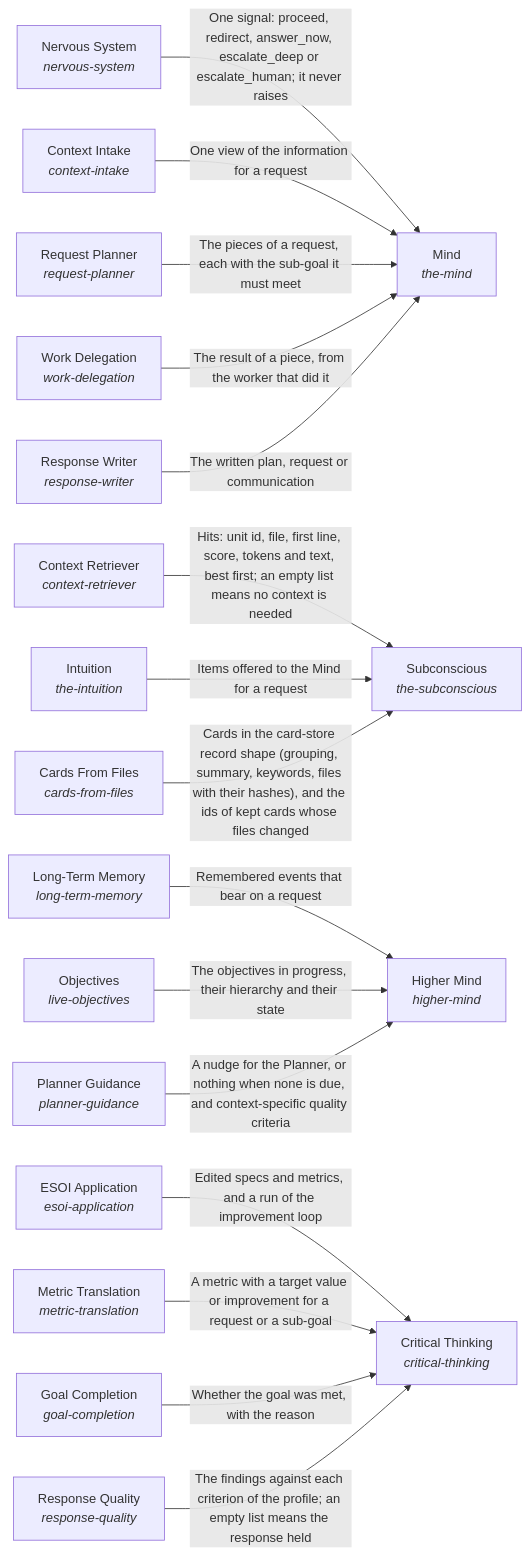
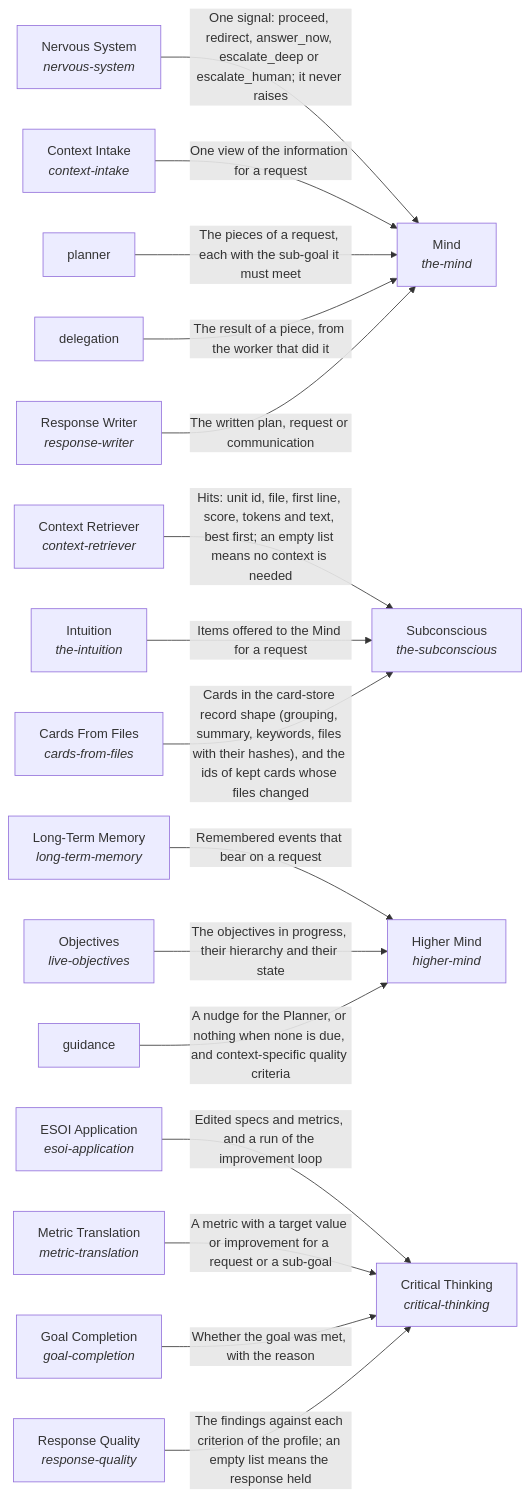
The diagram in hubofhubs/the_intelligence/README.md (SpiritualData/ai-hub-of-hubs-structure), drawn with Mermaid before and after one commit. The commit also changed other lines of this file and 38 other files, not shown here.

Commit message:
Restore Joshua's names and ids: Planner, Delegation, Guidance, Prioritization, and the proactivity id

````diff
--- a/hubofhubs/the_intelligence/README.md
+++ b/hubofhubs/the_intelligence/README.md
@@ -17,37 +17,37 @@
 ```mermaid
 flowchart LR
     s0["Nervous System<br/><i>nervous-system</i>"]
     s1["Critical Thinking<br/><i>critical-thinking</i>"]
     s2["Subconscious<br/><i>the-subconscious</i>"]
     s3["Context Retriever<br/><i>context-retriever</i>"]
     s4["Mind<br/><i>the-mind</i>"]
     s5["Higher Mind<br/><i>higher-mind</i>"]
     s6["Long-Term Memory<br/><i>long-term-memory</i>"]
     s7["Objectives<br/><i>live-objectives</i>"]
     s8["Intuition<br/><i>the-intuition</i>"]
     s9["Context Intake<br/><i>context-intake</i>"]
-    s10["Request Planner<br/><i>request-planner</i>"]
-    s11["Work Delegation<br/><i>work-delegation</i>"]
+    s10["planner"]
+    s11["delegation"]
     s12["Response Writer<br/><i>response-writer</i>"]
-    s13["Planner Guidance<br/><i>planner-guidance</i>"]
+    s13["guidance"]
     s14["ESOI Application<br/><i>esoi-application</i>"]
     s15["Metric Translation<br/><i>metric-translation</i>"]
     s16["Goal Completion<br/><i>goal-completion</i>"]
     s17["Response Quality<br/><i>response-quality</i>"]
     s18["Cards From Files<br/><i>cards-from-files</i>"]
     s0 -->|"One signal: proceed, redirect, answer_now, escalate_deep or escalate_human; it never raises"| s4
     s3 -->|"Hits: unit id, file, first line, score, tokens and text, best first; an empty list means no context is needed"| s2
     s6 -->|"Remembered events that bear on a request"| s5
     s7 -->|"The objectives in progress, their hierarchy and their state"| s5
     s8 -->|"Items offered to the Mind for a request"| s2
     s9 -->|"One view of the information for a request"| s4
     s10 -->|"The pieces of a request, each with the sub-goal it must meet"| s4
     s11 -->|"The result of a piece, from the worker that did it"| s4
     s12 -->|"The written plan, request or communication"| s4
     s13 -->|"A nudge for the Planner, or nothing when none is due, and context-specific quality criteria"| s5
     s14 -->|"Edited specs and metrics, and a run of the improvement loop"| s1
     s15 -->|"A metric with a target value or improvement for a request or a sub-goal"| s1
     s16 -->|"Whether the goal was met, with the reason"| s1
     s17 -->|"The findings against each criterion of the profile; an empty list means the response held"| s1
     s18 -->|"Cards in the card-store record shape (grouping, summary, keywords, files with their hashes), and the ids of kept cards whose files changed"| s2
 ```
````
